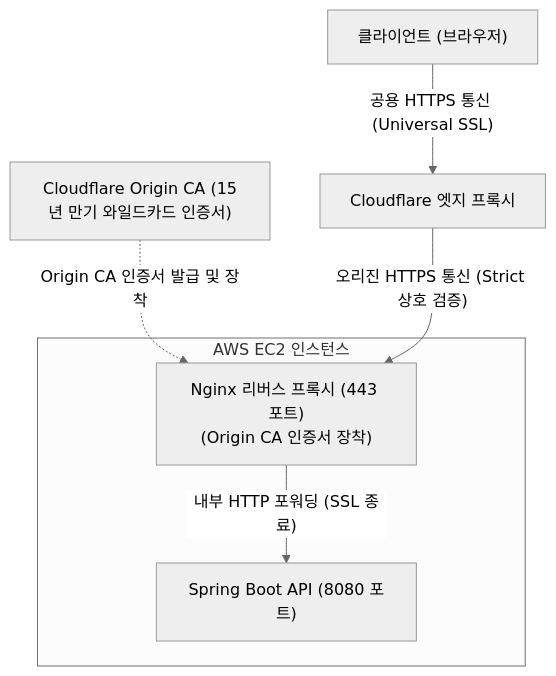
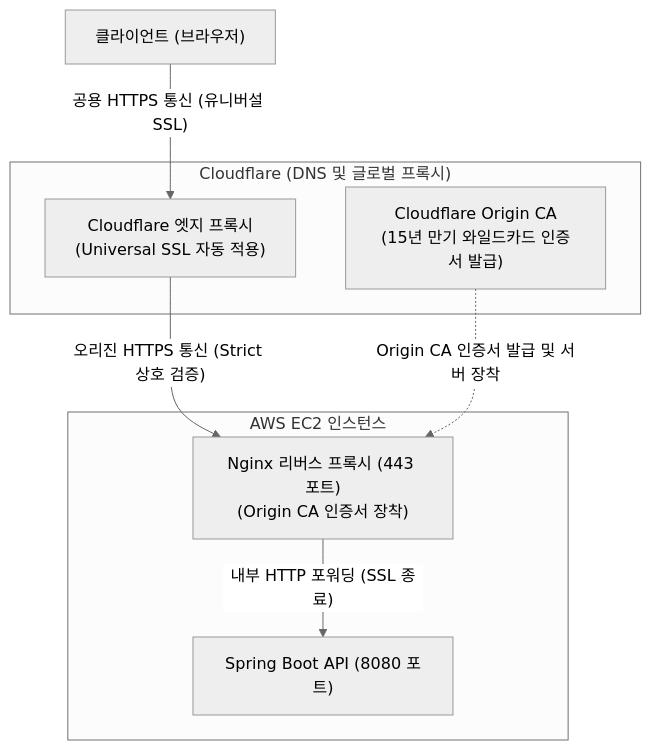
Before and after one commit to likelion-backend-25th/22-project-sns: the second of 4 diagrams in guide/04.challenge.md, drawn with Mermaid (neutral theme).

````diff
--- a/guide/04.challenge.md
+++ b/guide/04.challenge.md
@@ -259,15 +259,19 @@
 ```mermaid
 flowchart TD
-    CF_CA["Cloudflare Origin CA (15년 만기 와일드카드 인증서)"]
+    Client["클라이언트 (브라우저)"]
 
-    Client["클라이언트 (브라우저)"] -->|"공용 HTTPS 통신 (Universal SSL)"| CF_Edge["Cloudflare 엣지 프록시"]
+    subgraph CF["Cloudflare (DNS 및 글로벌 프록시)"]
+        CF_CA["Cloudflare Origin CA<br/>(15년 만기 와일드카드 인증서 발급)"]
+        CF_Edge["Cloudflare 엣지 프록시<br/>(Universal SSL 자동 적용)"]
+    end
 
     subgraph EC2["AWS EC2 인스턴스"]
         Nginx["Nginx 리버스 프록시 (443 포트)<br/>(Origin CA 인증서 장착)"]
         SpringBoot["Spring Boot API (8080 포트)"]
     end
 
-    CF_CA -.->|"Origin CA 인증서 발급 및 장착"| Nginx
+    Client -->|"공용 HTTPS 통신 (유니버설 SSL)"| CF_Edge
     CF_Edge -->|"오리진 HTTPS 통신 (Strict 상호 검증)"| Nginx
+    CF_CA -.->|"Origin CA 인증서 발급 및 서버 장착"| Nginx
     Nginx -->|"내부 HTTP 포워딩 (SSL 종료)"| SpringBoot
 ```
````
